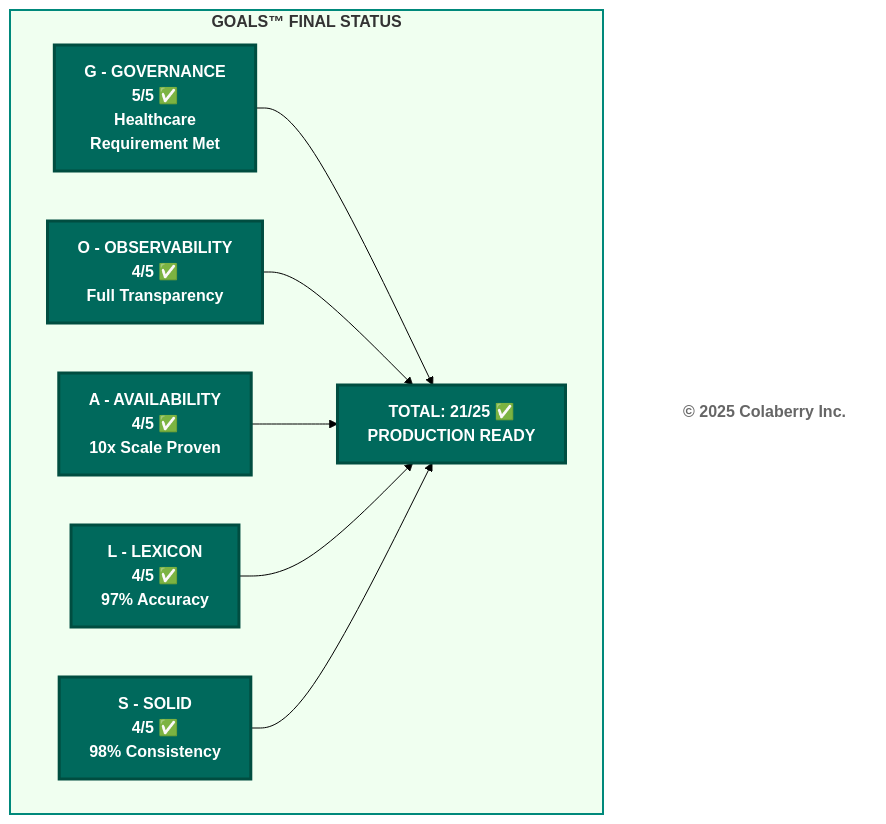
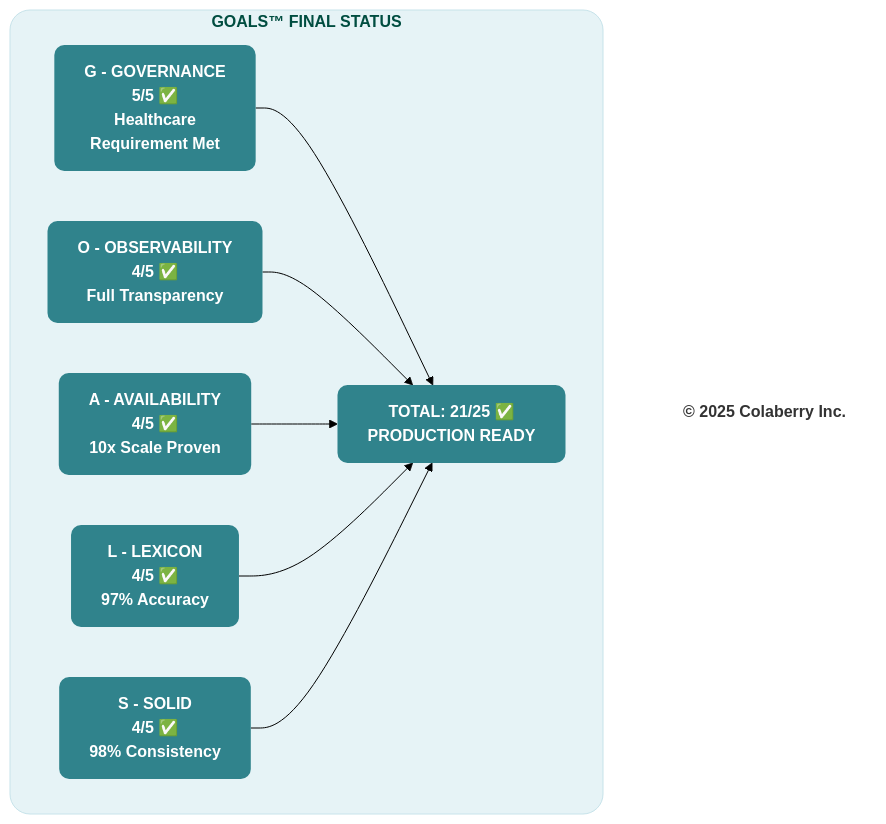
The eighth of 11 diagrams in manuscript/09_chapter_8_architecture_of_trust_in_action.md (saitejesh-cyber/trust-before-intelligence-book), drawn with Mermaid (forest theme) before and after one commit. The commit also changed other lines of this file and 7 other files, not shown here.

Commit message:
Chapter 6to13: Updated mermaid diagrams based on new colaberry color code

````diff
--- a/manuscript/09_chapter_8_architecture_of_trust_in_action.md
+++ b/manuscript/09_chapter_8_architecture_of_trust_in_action.md
@@ -698,29 +698,29 @@
 ```mermaid
 graph TB
   subgraph FINAL["<b>GOALS™ FINAL STATUS</b>"]
     G["<b>G - GOVERNANCE</b><br/><b>5/5 ✅</b><br/><b>Healthcare <br/>Requirement Met</b>"]
     O["<b>O - OBSERVABILITY</b><br/><b>4/5 ✅</b><br/><b>Full Transparency</b>"]
     A["<b>A - AVAILABILITY</b><br/><b>4/5 ✅</b><br/><b>10x Scale Proven</b>"]
     L["<b>L - LEXICON</b><br/><b>4/5 ✅</b><br/><b>97% Accuracy</b>"]
     S["<b>S - SOLID</b><br/><b>4/5 ✅</b><br/><b>98% Consistency</b>"]
     
     TOTAL["<b>TOTAL: 21/25 ✅</b><br/><b>PRODUCTION READY</b>"]
   end
   
   G --> TOTAL
   O --> TOTAL
   A --> TOTAL
   L --> TOTAL
   S --> TOTAL
   
-  style FINAL fill:#f0fff0,stroke:#00897b,stroke-width:2px
-  style G fill:#00695c,color:#ffffff,stroke:#004d40,stroke-width:3px
-  style O fill:#00695c,color:#ffffff,stroke:#004d40,stroke-width:3px
-  style A fill:#00695c,color:#ffffff,stroke:#004d40,stroke-width:3px
-  style L fill:#00695c,color:#ffffff,stroke:#004d40,stroke-width:3px
-  style S fill:#00695c,color:#ffffff,stroke:#004d40,stroke-width:3px
-  style TOTAL fill:#00695c,color:#ffffff,stroke:#004d40,stroke-width:3px
+  style FINAL fill:#e6f3f6,stroke:#c7e3ea,stroke-width:1px,color:#004d40,rx:20,ry:20
+  style G fill:#30838C,stroke:none,color:#ffffff,rx:10,ry:10
+  style O fill:#30838C,stroke:none,color:#ffffff,rx:10,ry:10
+  style A fill:#30838C,stroke:none,color:#ffffff,rx:10,ry:10
+  style L fill:#30838C,stroke:none,color:#ffffff,rx:10,ry:10
+  style S fill:#30838C,stroke:none,color:#ffffff,rx:10,ry:10
+  style TOTAL fill:#30838C,stroke:none,color:#ffffff,rx:10,ry:10
   
   Copyright["<b>© 2025 Colaberry Inc.</b>"]
-  style Copyright fill:#ffffff,stroke:none,color:#666666
+  style Copyright fill:none,stroke:none,color:#333333
 ```
````
